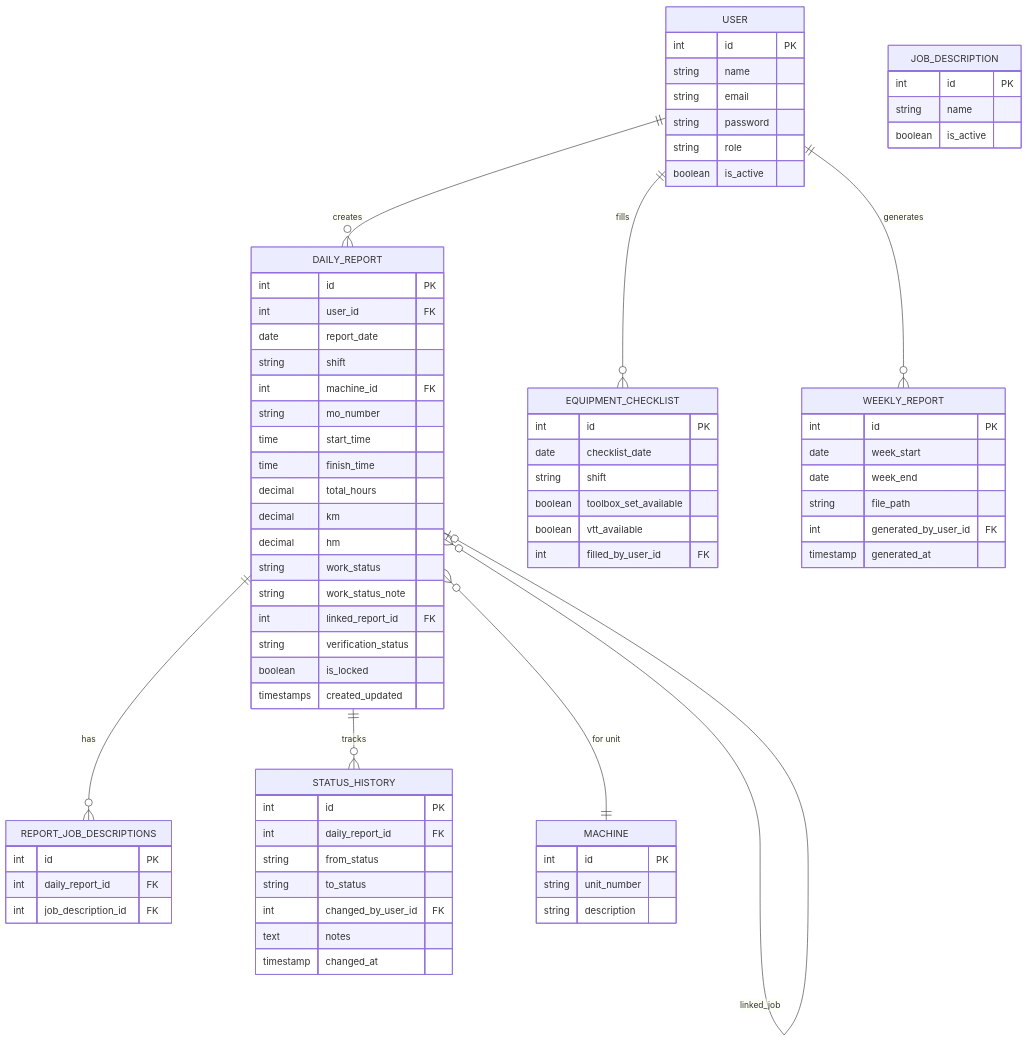
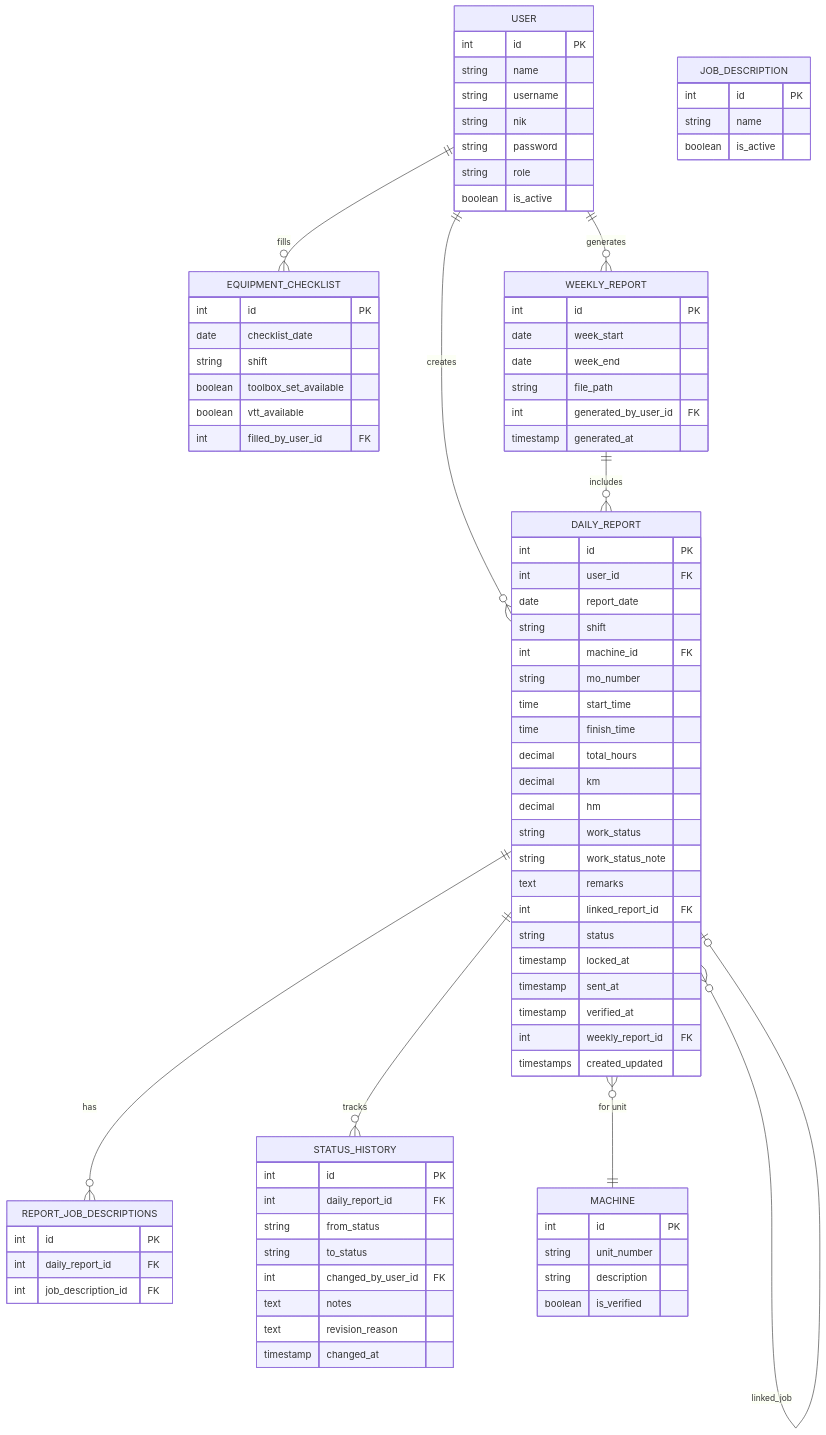
The fifth of 5 diagrams in PRD.md (aindragt/daily-routine), drawn with Mermaid before and after one commit. The commit also changed other lines of this file, not shown here.

````diff
--- a/PRD.md
+++ b/PRD.md
@@ -424,7 +484,8 @@
     USER {
         int id PK
         string name
-        string email
+        string username
+        string nik
         string password
         string role
         boolean is_active
@@ -446,9 +507,13 @@
         decimal hm
         string work_status
         string work_status_note
+        text remarks
         int linked_report_id FK
-        string verification_status
-        boolean is_locked
+        string status
+        timestamp locked_at
+        timestamp sent_at
+        timestamp verified_at
+        int weekly_report_id FK
         timestamps created_updated
     }
 
@@ -456,6 +521,7 @@
         int id PK
         string unit_number
         string description
+        boolean is_verified
     }
 
     JOB_DESCRIPTION {
@@ -488,6 +554,7 @@
         string to_status
         int changed_by_user_id FK
         text notes
+        text revision_reason
         timestamp changed_at
     }
 
@@ -501,6 +568,7 @@
     }
 
     DAILY_REPORT }o--o| DAILY_REPORT : "linked_job"
+    WEEKLY_REPORT ||--o{ DAILY_REPORT : "includes"
     USER ||--o{ EQUIPMENT_CHECKLIST : "fills"
     USER ||--o{ WEEKLY_REPORT : "generates"
 ```
````
